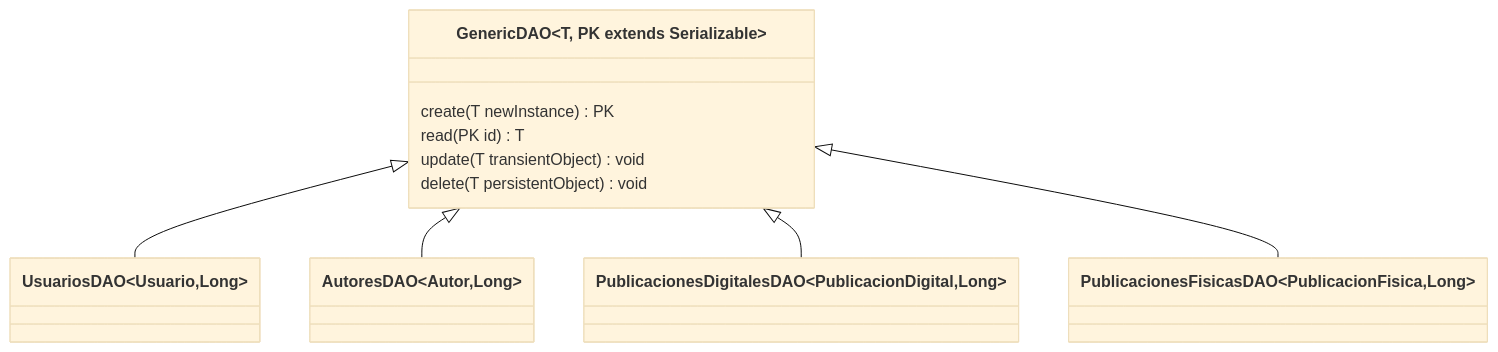
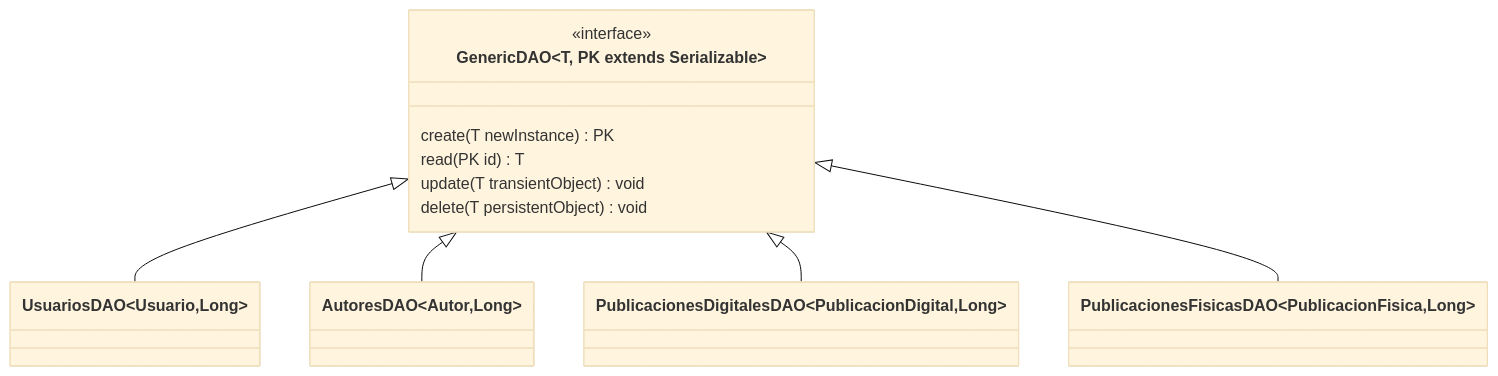
The diagram in 02_Design/ClassDiagrams/daos.md (SilverFlin/U3_PruebasSoftware), drawn with Mermaid (base theme) before and after one commit.

Commit message:
docs GenericDAO interface

````diff
--- a/02_Design/ClassDiagrams/daos.md
+++ b/02_Design/ClassDiagrams/daos.md
@@ -3,29 +3,29 @@
 ```mermaid
 classDiagram
 
 
 
 
 
-class GenericDAO ~T, PK extends Serializable~{
+class GenericDAO ~T, PK extends Serializable~ {
     create(T newInstance) PK
     read(PK id) T
     update(T transientObject) void
     delete(T persistentObject) void
 }
 
 class UsuariosDAO ~Usuario,Long~ 
 
 class AutoresDAO ~Autor,Long~
 
 class PublicacionesDigitalesDAO ~PublicacionDigital,Long~
 
 class PublicacionesFisicasDAO ~PublicacionFisica,Long~
 
 
 GenericDAO  <|-- UsuariosDAO
 GenericDAO  <|-- AutoresDAO
 GenericDAO  <|-- PublicacionesDigitalesDAO 
 GenericDAO  <|-- PublicacionesFisicasDAO 
-
+<<interface>> GenericDAO
 ```
````
